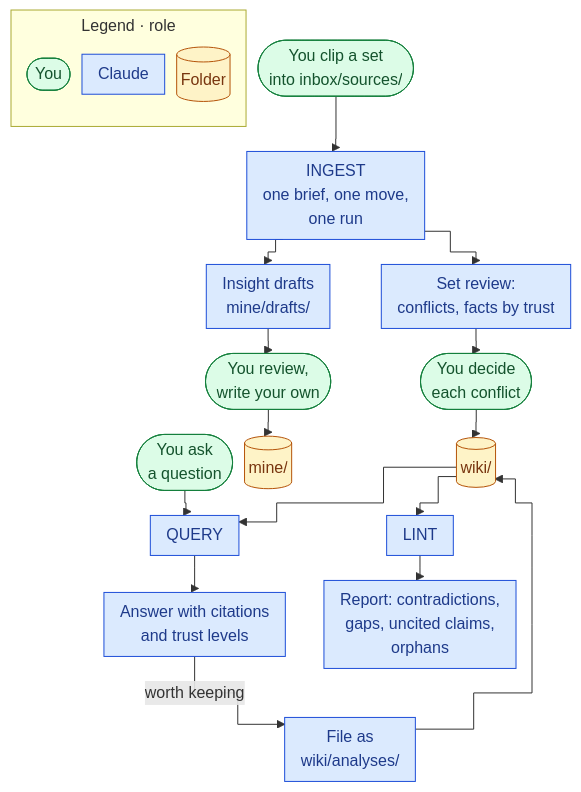
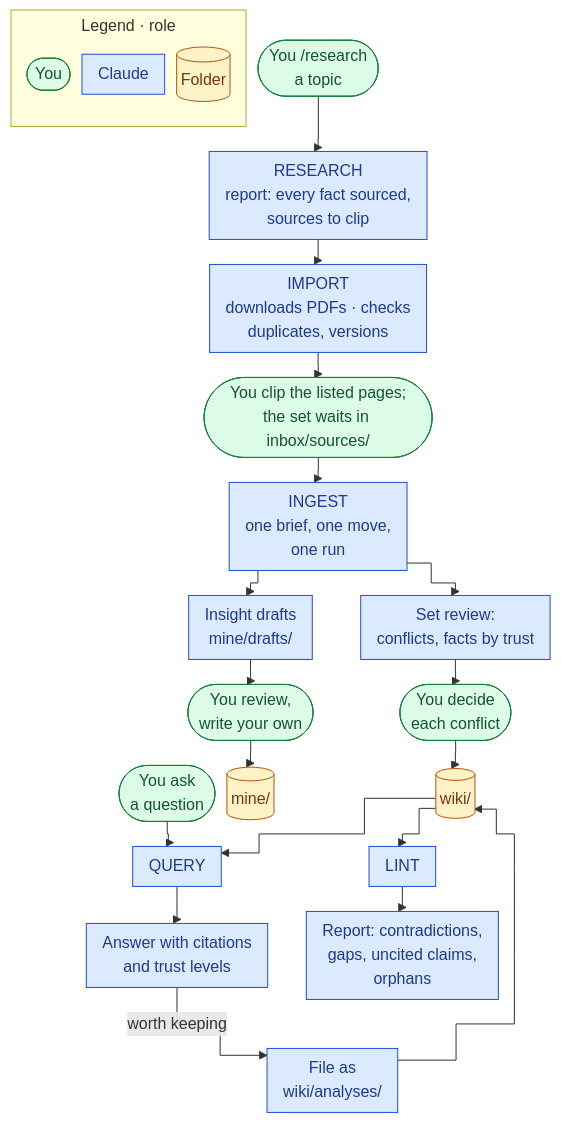
The diagram in mine/projects/thinking-system/30 System Architecture.md (quocnguyen13/second-brain), drawn with Mermaid before and after one commit. The commit also changed other lines of this file and 8 other files, not shown here.

````diff
--- a/mine/projects/thinking-system/30 System Architecture.md
+++ b/mine/projects/thinking-system/30 System Architecture.md
@@ -54,27 +57,30 @@
 ```mermaid
 %%{init: {"flowchart": {"curve": "step", "useMaxWidth": true, "nodeSpacing": 12, "rankSpacing": 25, "padding": 8, "subGraphTitleMargin": {"top": 4, "bottom": 8}}}}%%
 flowchart TD
     subgraph LEG["Legend · role"]
         direction TB
         L1(["You"]):::you
         L2["Claude"]:::claude
         L3[("Folder")]:::store
     end
-    S(["You clip a set<br/>into inbox/sources/"]):::you --> I["INGEST<br/>one brief, one move,<br/>one run"]:::claude
+    R0(["You /research<br/>a topic"]):::you --> RS["RESEARCH<br/>report: every fact sourced,<br/>sources to clip"]:::claude
+    RS --> IM["IMPORT<br/>downloads PDFs · checks<br/>duplicates, versions"]:::claude
+    IM --> S(["You clip the listed pages;<br/>the set waits in inbox/sources/"]):::you
+    S --> I["INGEST<br/>one brief, one move,<br/>one run"]:::claude
     I --> SR["Set review:<br/>conflicts, facts by trust"]:::claude
     SR --> Y1(["You decide<br/>each conflict"]):::you
     Y1 --> W[("wiki/")]:::store
     I --> D["Insight drafts<br/>mine/drafts/"]:::claude
     D --> Y(["You review,<br/>write your own"]):::you
     Y --> M[("mine/")]:::store
     Q(["You ask<br/>a question"]):::you --> QQ["QUERY"]:::claude
     W --> QQ
     QQ --> A["Answer with citations<br/>and trust levels"]:::claude
     A -->|"worth keeping"| F["File as<br/>wiki/analyses/"]:::claude
     F --> W
     W --> L["LINT"]:::claude
     L --> R["Report: contradictions,<br/>gaps, uncited claims,<br/>orphans"]:::claude
     classDef you fill:#dcfce7,stroke:#15803d,color:#14532d
     classDef claude fill:#dbeafe,stroke:#1d4ed8,color:#1e3a8a
     classDef store fill:#fef3c7,stroke:#b45309,color:#78350f
 ```
````
